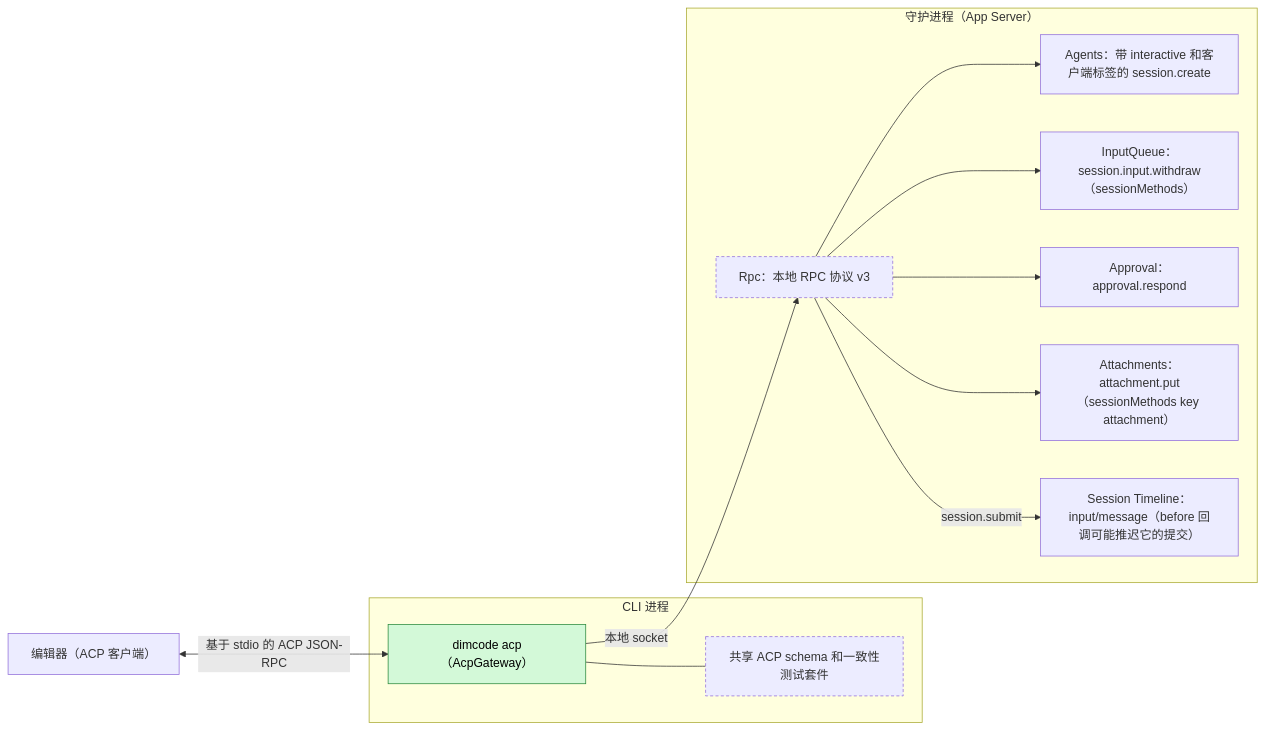
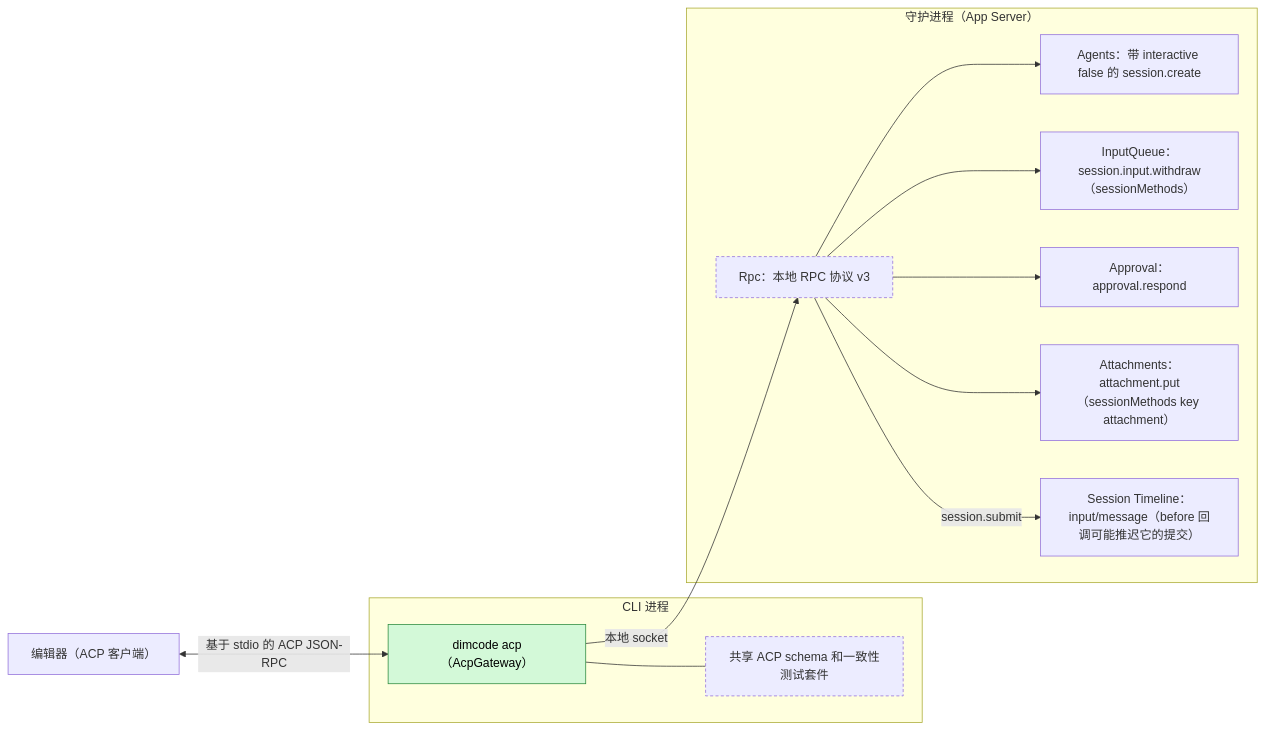
Before and after one commit to CoutinhoTTS/dim-agent: the first of 5 diagrams in docs/zh/design/plugins/AcpGateway.md, drawn with Mermaid. The commit also changed other lines of this file and 27 other files, not shown here.

````diff
--- a/docs/zh/design/plugins/AcpGateway.md
+++ b/docs/zh/design/plugins/AcpGateway.md
@@ -11,26 +11,26 @@
 ```mermaid
 flowchart LR
   classDef new fill:#d3f9d8,stroke:#2b8a3e,color:#000
   classDef contract stroke-dasharray:4 3
   Editor["编辑器（ACP 客户端）"]
   subgraph cli["CLI 进程"]
     GW["dimcode acp（AcpGateway）"]:::new
     Schema["共享 ACP schema 和一致性测试套件"]:::contract
   end
   subgraph daemon["守护进程（App Server）"]
     Rpc["Rpc：本地 RPC 协议 v3"]:::contract
-    Agents["Agents：带 interactive 和客户端标签的 session.create"]
+    Agents["Agents：带 interactive false 的 session.create"]
     IQ["InputQueue：session.input.withdraw（sessionMethods）"]
     Appr["Approval：approval.respond"]
     Att["Attachments：attachment.put（sessionMethods key attachment）"]
     TLD["Session Timeline：input/message（before 回调可能推迟它的提交）"]
   end
   Editor <-->|"基于 stdio 的 ACP JSON-RPC"| GW
   GW --- Schema
   GW -->|"本地 socket"| Rpc
   Rpc --> Agents
   Rpc --> IQ
   Rpc --> Appr
   Rpc --> Att
   Rpc -->|"session.submit"| TLD
 ```
````
